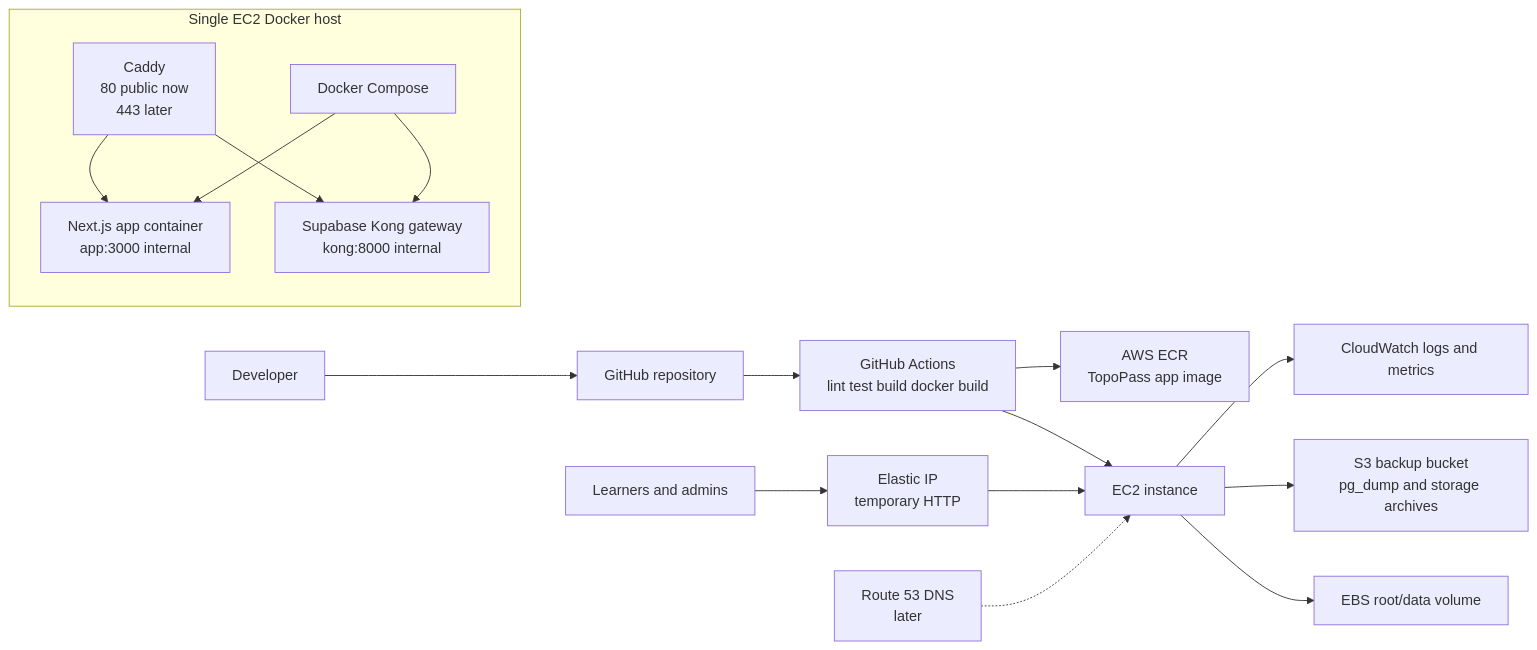
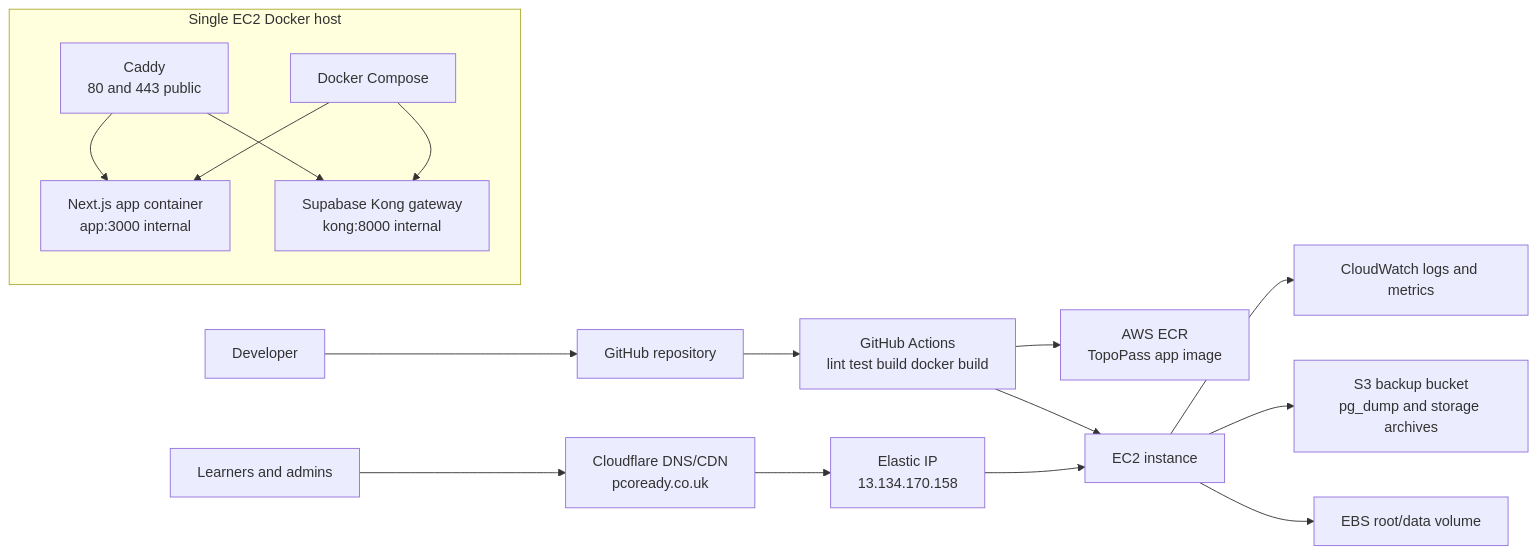
The diagram in docs/aws-ec2-devops-deployment.md (mapperguy2013/topopass), drawn with Mermaid before and after one commit. The commit also changed other lines of this file and 37 other files, not shown here.

````diff
--- a/docs/aws-ec2-devops-deployment.md
+++ b/docs/aws-ec2-devops-deployment.md
@@ -25,26 +24,26 @@
 ```mermaid
 flowchart LR
   dev[Developer] --> github[GitHub repository]
   github --> actions[GitHub Actions<br/>lint test build docker build]
   actions --> ecr[AWS ECR<br/>TopoPass app image]
 
-  users[Learners and admins] --> eip[Elastic IP<br/>temporary HTTP]
+  users[Learners and admins] --> cloudflare[Cloudflare DNS/CDN<br/>pcoready.co.uk]
+  cloudflare --> eip[Elastic IP<br/>13.134.170.158]
   eip --> ec2[EC2 instance]
-  route53[Route 53 DNS<br/>later] -.-> ec2
 
   subgraph host[Single EC2 Docker host]
-    proxy[Caddy<br/>80 public now<br/>443 later]
+    proxy[Caddy<br/>80 and 443 public]
     compose[Docker Compose]
     app[Next.js app container<br/>app:3000 internal]
     kong[Supabase Kong gateway<br/>kong:8000 internal]
     proxy --> app
     proxy --> kong
     compose --> app
     compose --> kong
   end
 
   ec2 --> cloudwatch[CloudWatch logs and metrics]
   ec2 --> s3[S3 backup bucket<br/>pg_dump and storage archives]
   ec2 --> ebs[EBS root/data volume]
   actions --> ec2
 ```
````
